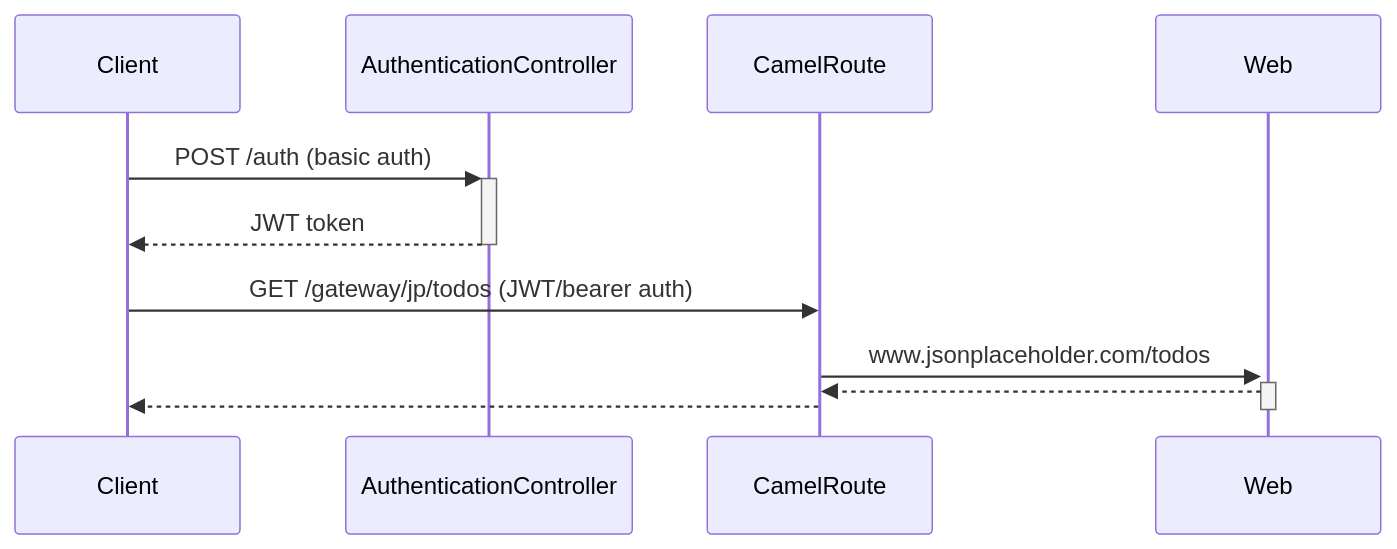
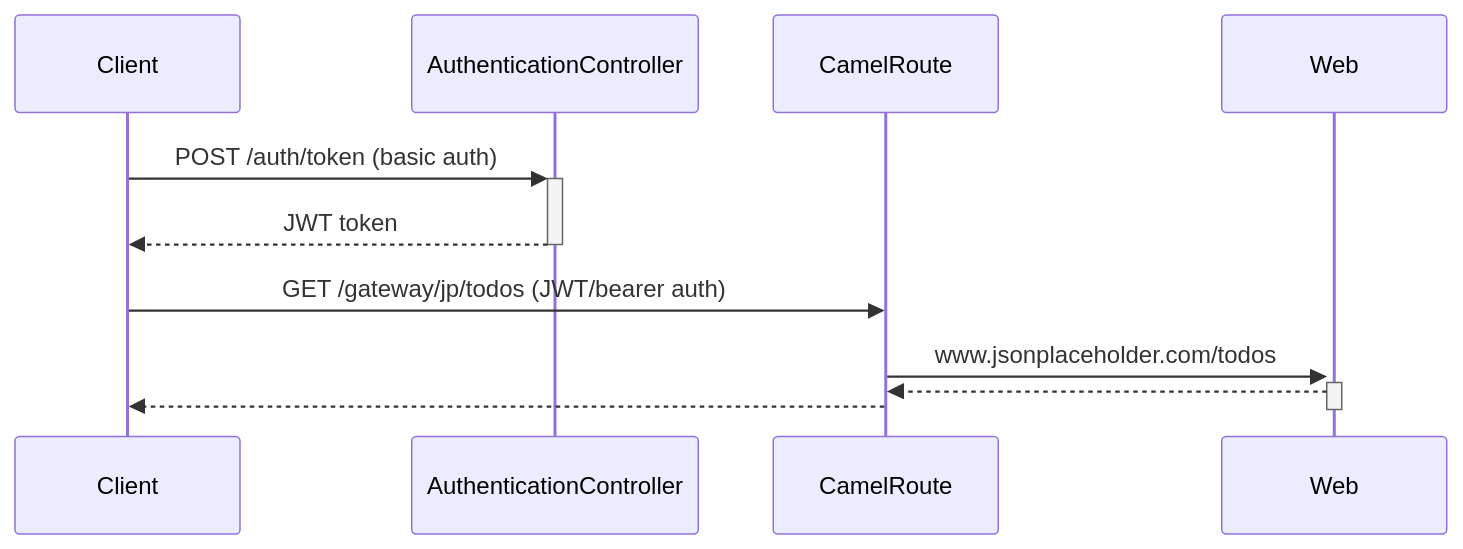
Before and after one commit to Serkan80/quarkus-issue-reproducers: the diagram in http-path-permission-issue/README.md, drawn with Mermaid. The commit also changed other lines of this file and 5 other files, not shown here.

````diff
--- a/http-path-permission-issue/README.md
+++ b/http-path-permission-issue/README.md
@@ -3,10 +3,10 @@
 ```mermaid
 sequenceDiagram
-    Client->>+AuthenticationController: POST /auth (basic auth)
+    Client->>+AuthenticationController: POST /auth/token (basic auth)
     AuthenticationController-->>-Client: JWT token
     
     Client->>CamelRoute: GET /gateway/jp/todos (JWT/bearer auth)
     CamelRoute->>+Web: www.jsonplaceholder.com/todos
     Web-->>-CamelRoute: 
     CamelRoute-->>Client: 
 ```
````
